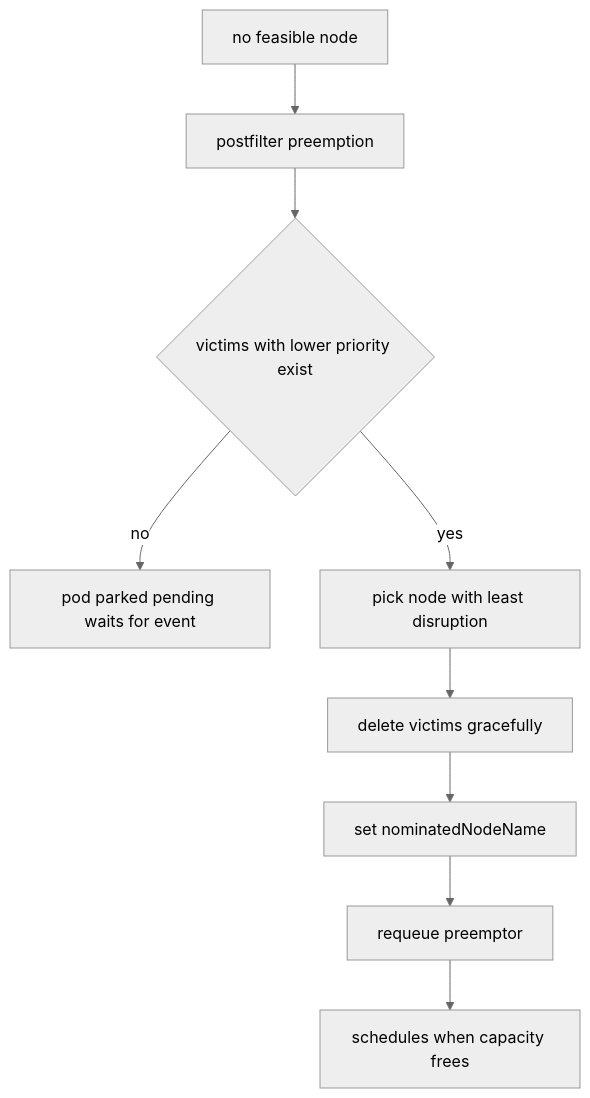
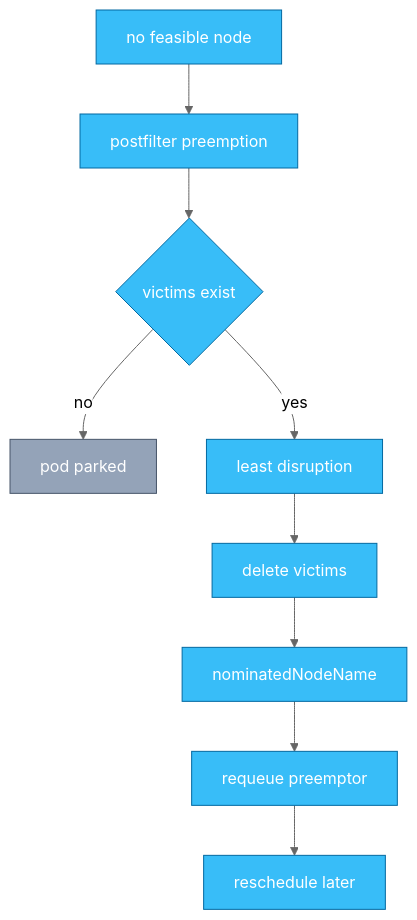
One commit to sanketsudake/k8s-worksheet changed the third of 4 diagrams in chapters/ch03.md. Above: the diagram before and after it, drawn with Mermaid (neutral theme). The commit also changed other lines of this file, not shown here.

First line of the commit message:
ch03: bring diagrams within the print-size gate

````diff
--- a/chapters/ch03.md
+++ b/chapters/ch03.md
@@ -82,11 +89,16 @@
 ```mermaid
 flowchart TD
   FE[no feasible node] --> PF[postfilter preemption]
-  PF --> Q1{victims with lower priority exist}
-  Q1 -->|no| PARK[pod parked pending waits for event]
-  Q1 -->|yes| PICK[pick node with least disruption]
-  PICK --> DEL[delete victims gracefully]
-  DEL --> NOM[set nominatedNodeName]
+  PF --> Q1{victims exist}
+  Q1 -->|no| PARK[pod parked]
+  Q1 -->|yes| PICK[least disruption]
+  PICK --> DEL[delete victims]
+  DEL --> NOM[nominatedNodeName]
   NOM --> RQ[requeue preemptor]
-  RQ --> SCHED[schedules when capacity frees]
+  RQ --> SCHED[reschedule later]
+
+  classDef process fill:#38bdf8,stroke:#0369a1,color:#fff
+  classDef standby fill:#94a3b8,stroke:#475569,color:#fff
+  class FE,PF,Q1,PICK,DEL,NOM,RQ,SCHED process
+  class PARK standby
 ```
````
